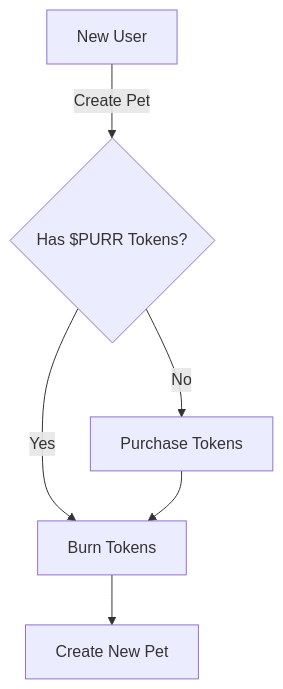
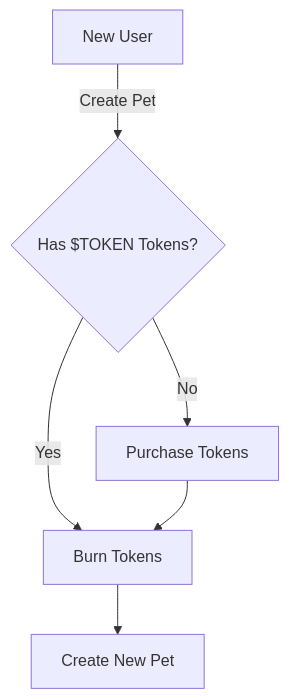
The diagram in Post-Launch-Transition.mdx (sentientpets/docs), drawn with Mermaid before and after one commit. The commit also changed other lines of this file and 5 other files, not shown here.

````diff
--- a/Post-Launch-Transition.mdx
+++ b/Post-Launch-Transition.mdx
@@ -128,8 +129,8 @@
 ```mermaid
 graph TD
-    A[New User] -->|Create Pet| B{Has $PURR Tokens?}
+    A[New User] -->|Create Pet| B{Has $TOKEN Tokens?}
     B -->|Yes| C[Burn Tokens]
     C --> D[Create New Pet]
     B -->|No| E[Purchase Tokens]
     E --> C
 ```
````
